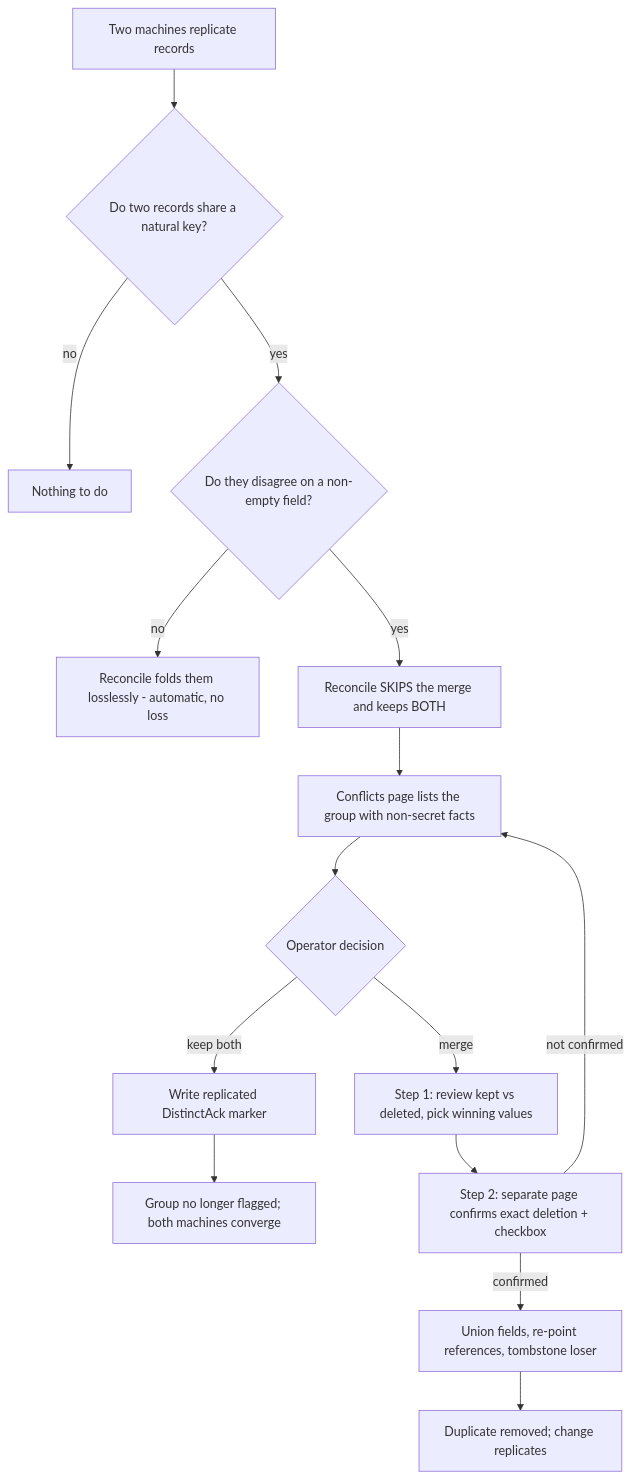
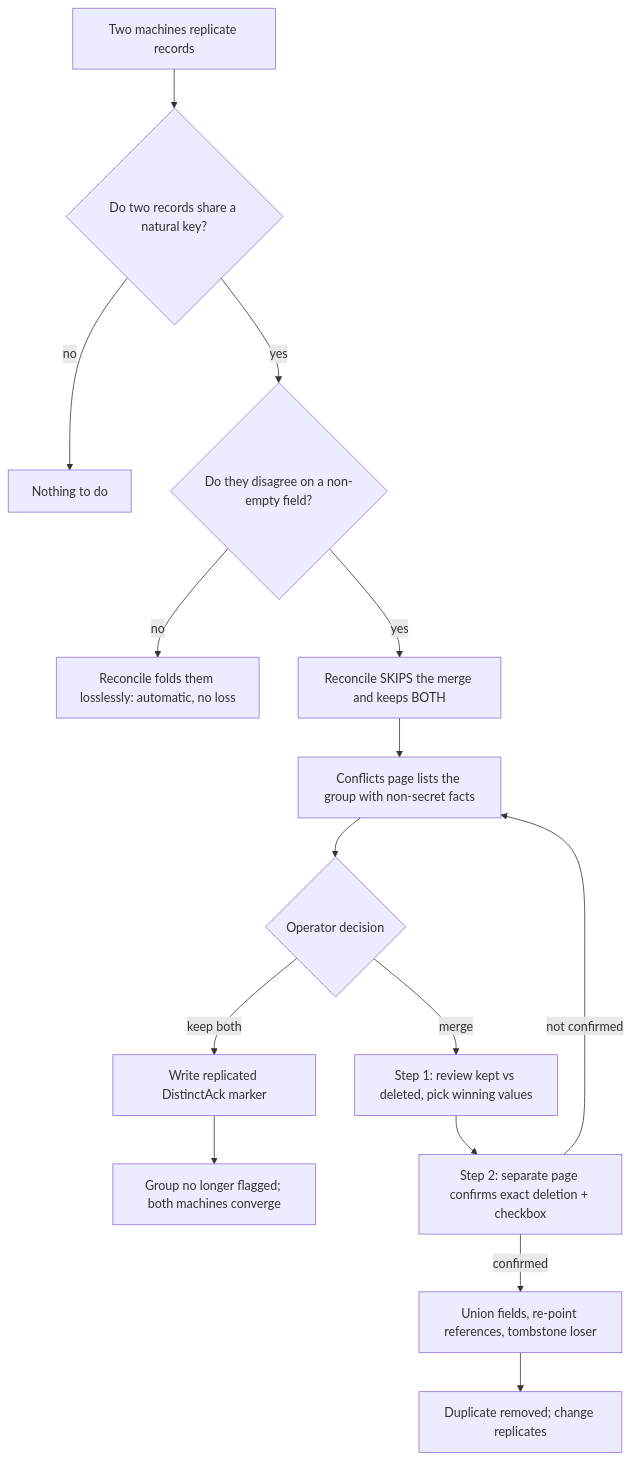
One commit to DavidTimar1/SopsHQ changed the diagram in docs/architecture/conflict-resolution.md. Above: the diagram before and after it, drawn with Mermaid. The commit also changed other lines of this file and 35 other files, not shown here.

````diff
--- a/docs/architecture/conflict-resolution.md
+++ b/docs/architecture/conflict-resolution.md
@@ -132,17 +153,17 @@
 ```mermaid
 flowchart TD
   A[Two machines replicate records] --> B{Do two records share a natural key?}
   B -- no --> Z[Nothing to do]
   B -- yes --> C{Do they disagree on a non-empty field?}
-  C -- no --> D[Reconcile folds them losslessly - automatic, no loss]
+  C -- no --> D[Reconcile folds them losslessly: automatic, no loss]
   C -- yes --> E[Reconcile SKIPS the merge and keeps BOTH]
   E --> F[Conflicts page lists the group with non-secret facts]
   F --> G{Operator decision}
   G -- keep both --> H[Write replicated DistinctAck marker]
   H --> I[Group no longer flagged; both machines converge]
   G -- merge --> J[Step 1: review kept vs deleted, pick winning values]
   J --> K[Step 2: separate page confirms exact deletion + checkbox]
   K -- confirmed --> L[Union fields, re-point references, tombstone loser]
   K -- not confirmed --> F
   L --> M[Duplicate removed; change replicates]
 ```
````
